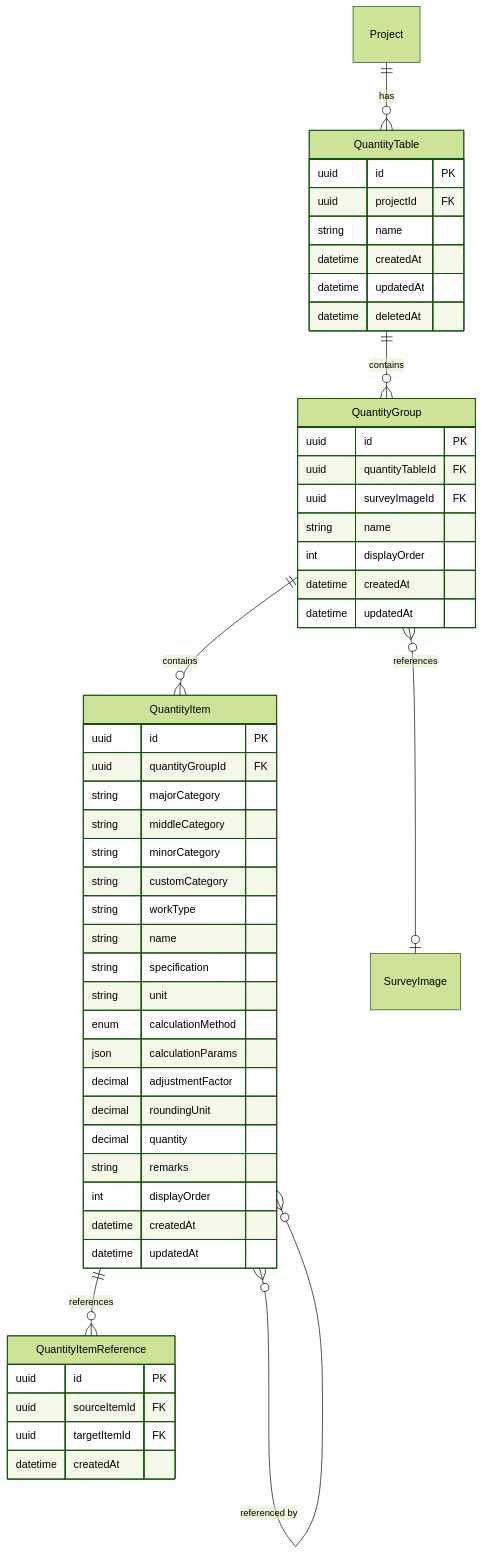
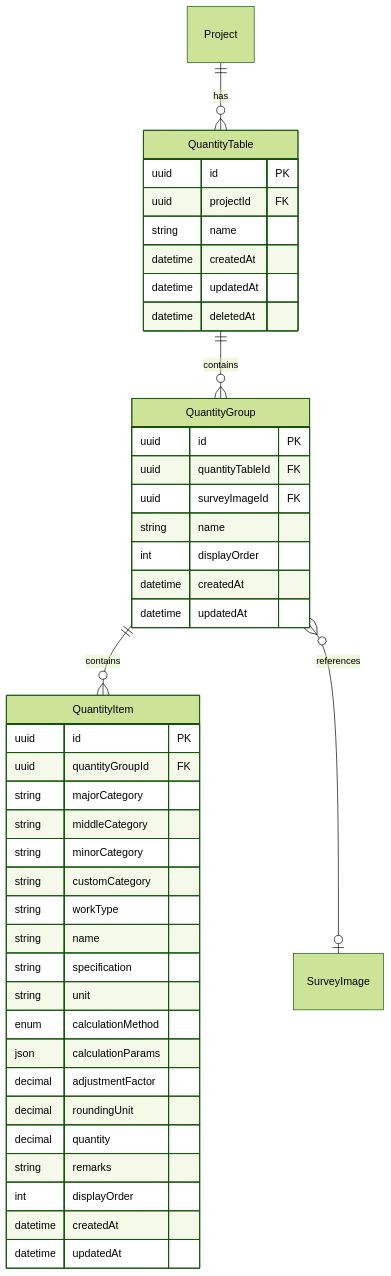
Before and after one commit to inakanou/ArchiTrack: the third of 3 diagrams in .kiro/specs/quantity-table-generation/design.md, drawn with Mermaid (forest theme). The commit also changed other lines of this file and 1 other file, not shown here.

First line of the commit message:
docs: remove reference sum calculation requirement

````diff
--- a/.kiro/specs/quantity-table-generation/design.md
+++ b/.kiro/specs/quantity-table-generation/design.md
@@ -598,57 +717,48 @@
 ```mermaid
 erDiagram
     Project ||--o{ QuantityTable : has
     QuantityTable ||--o{ QuantityGroup : contains
     QuantityGroup ||--o{ QuantityItem : contains
     QuantityGroup }o--o| SurveyImage : references
-    QuantityItem ||--o{ QuantityItemReference : references
-    QuantityItem }o--o{ QuantityItem : "referenced by"
 
     QuantityTable {
         uuid id PK
         uuid projectId FK
         string name
         datetime createdAt
         datetime updatedAt
         datetime deletedAt
     }
 
     QuantityGroup {
         uuid id PK
         uuid quantityTableId FK
         uuid surveyImageId FK
         string name
         int displayOrder
         datetime createdAt
         datetime updatedAt
     }
 
     QuantityItem {
         uuid id PK
         uuid quantityGroupId FK
         string majorCategory
         string middleCategory
         string minorCategory
         string customCategory
         string workType
         string name
         string specification
         string unit
         enum calculationMethod
         json calculationParams
         decimal adjustmentFactor
         decimal roundingUnit
         decimal quantity
         string remarks
         int displayOrder
         datetime createdAt
         datetime updatedAt
     }
-
-    QuantityItemReference {
-        uuid id PK
-        uuid sourceItemId FK
-        uuid targetItemId FK
-        datetime createdAt
-    }
 ```
````
